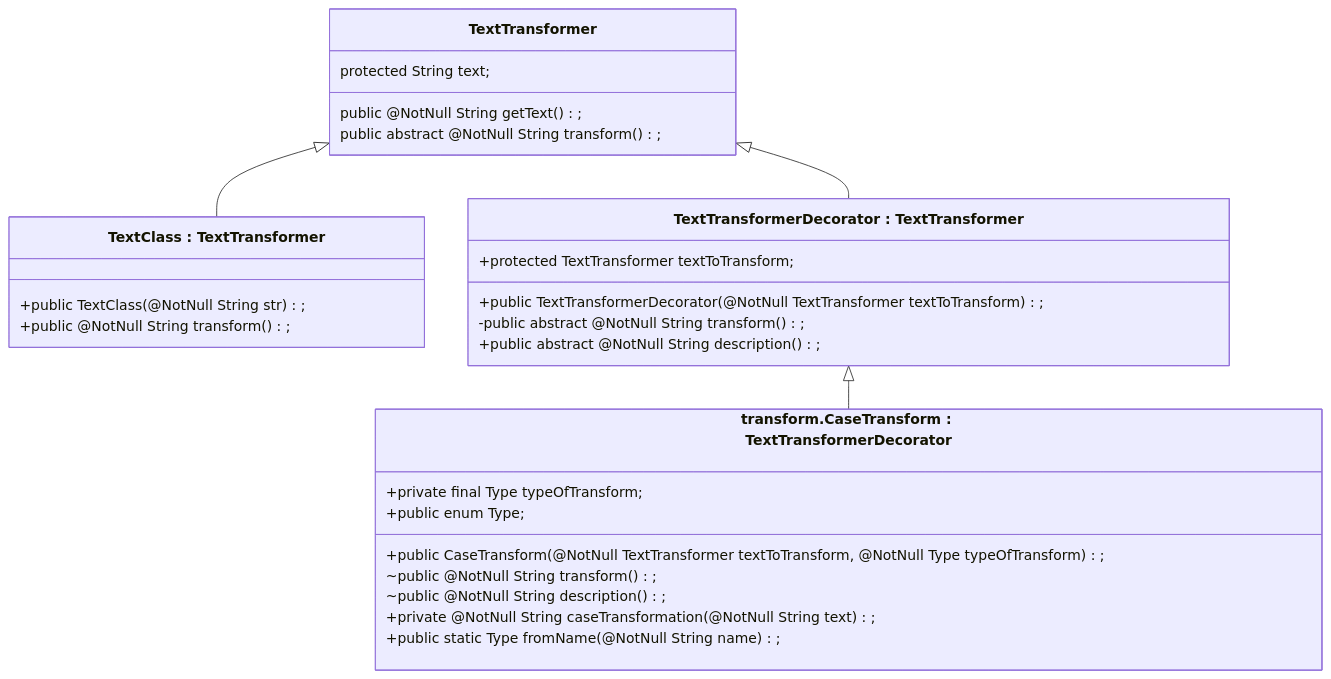
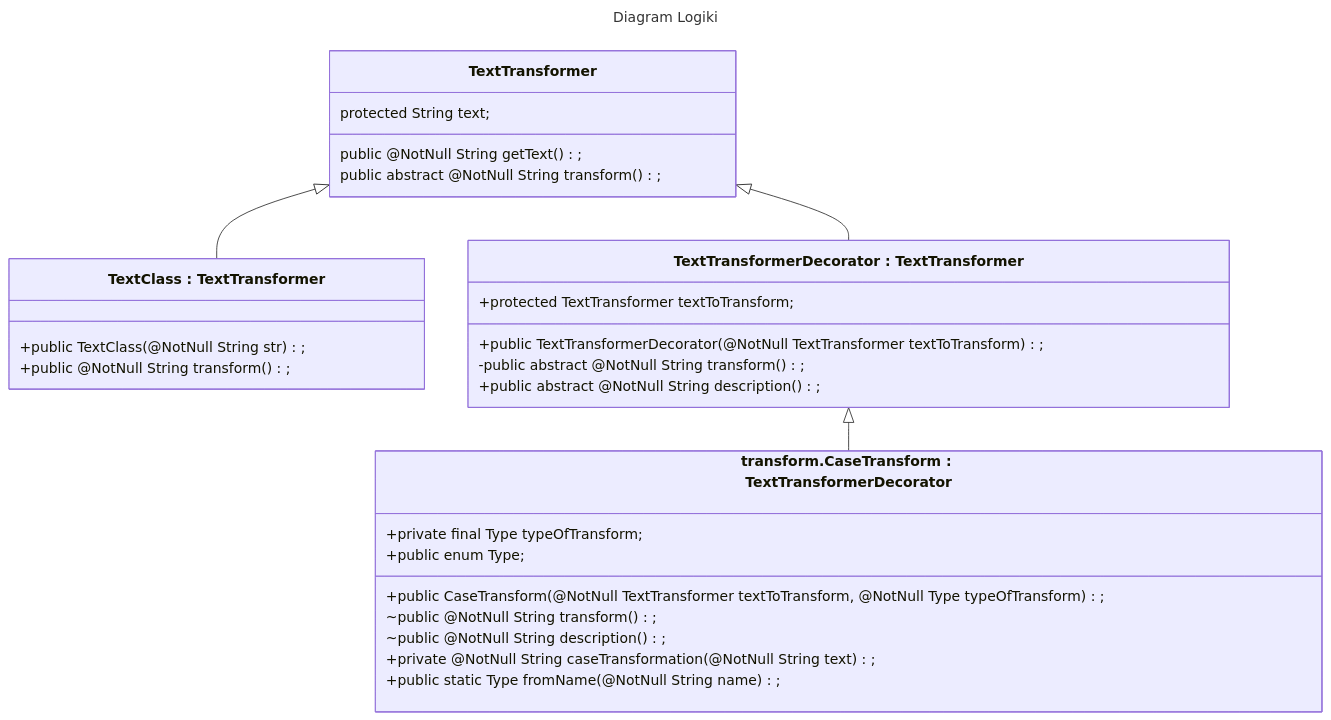
The diagram in exampleclass.md (Dashrek/SK2_R_P_S), drawn with Mermaid before and after one commit. The commit also changed other lines of this file, not shown here.

````diff
--- a/exampleclass.md
+++ b/exampleclass.md
@@ -2,30 +2,33 @@
 ```mermaid
+---
+title: Diagram Logiki
+---
 classDiagram
   class TextTransformer {
     protected String text;
     public @NotNull String getText();
     public abstract @NotNull String transform();
   }
   class TextClass["TextClass : TextTransformer"] {
     +public TextClass(@NotNull String str);
     +public @NotNull String transform();
   }
   class TextTransformerDecorator["TextTransformerDecorator : TextTransformer"] {
     +protected TextTransformer textToTransform;
     +public TextTransformerDecorator(@NotNull TextTransformer textToTransform);
     -public abstract @NotNull String transform();
     +public abstract @NotNull String description();
   }
   class CaseTransform["transform.CaseTransform : TextTransformerDecorator"] {
     +private final Type typeOfTransform;
     +public CaseTransform(@NotNull TextTransformer textToTransform, @NotNull Type typeOfTransform);
     ~public @NotNull String transform();
     ~public @NotNull String description();
     +private @NotNull String caseTransformation(@NotNull String text);
     +public enum Type;
     +public static Type fromName(@NotNull String name);
   }
   TextTransformer <|-- TextTransformerDecorator
   TextTransformer <|-- TextClass
   TextTransformerDecorator <|-- CaseTransform
 ```
````
